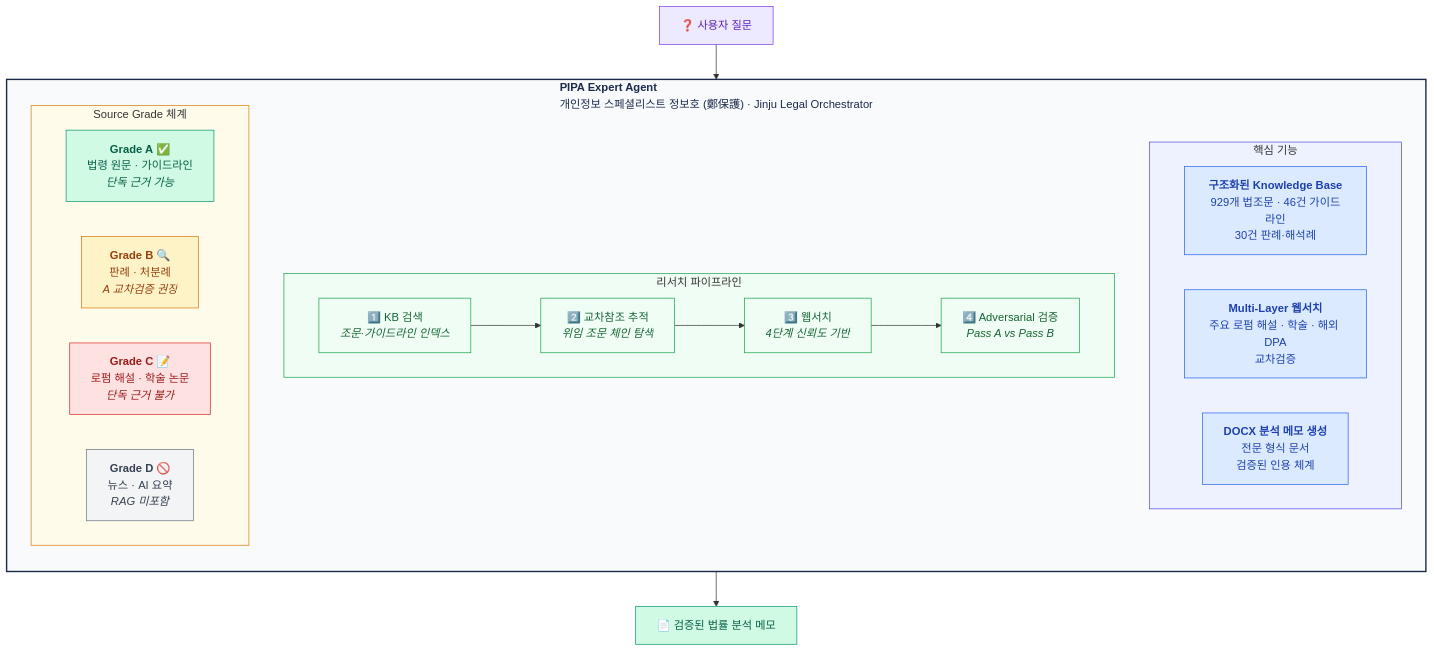
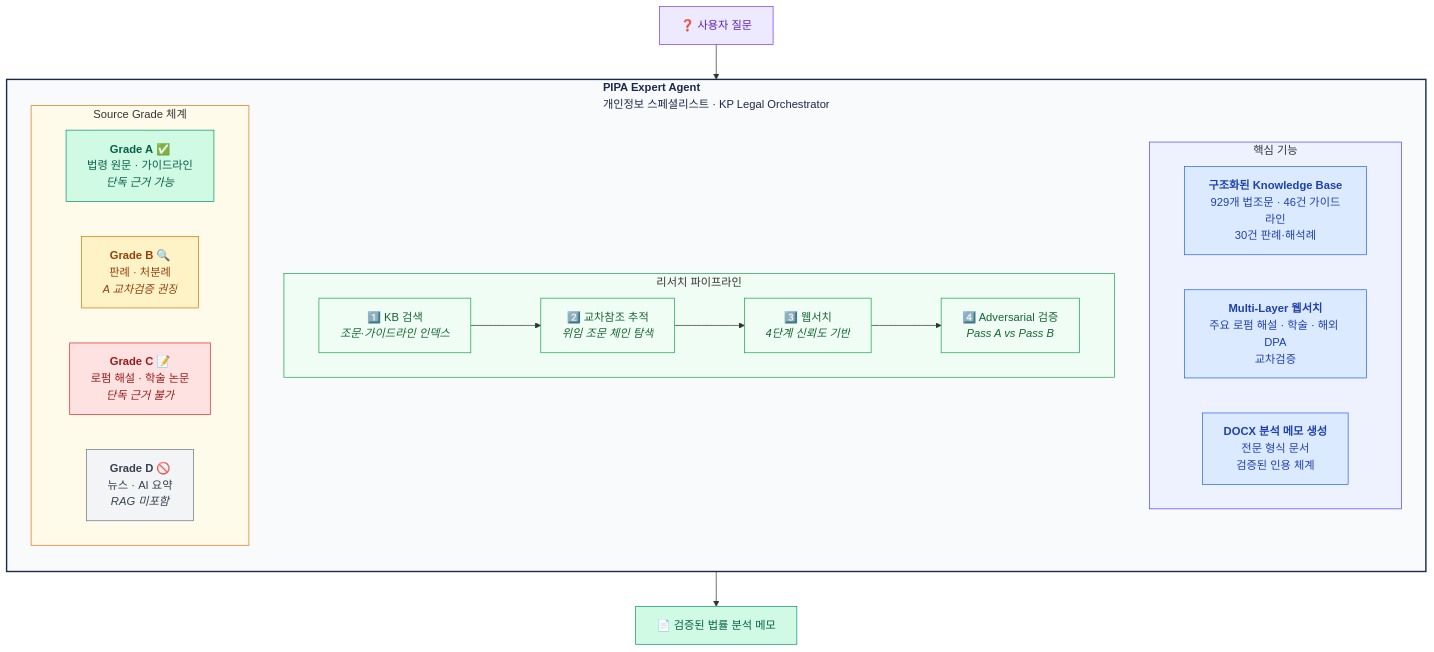
The first of 2 diagrams in README.ko.md (kipeum86/PIPA-expert), drawn with Mermaid before and after one commit. The commit also changed other lines of this file and 7 other files, not shown here.

````diff
--- a/README.ko.md
+++ b/README.ko.md
@@ -47,51 +47,51 @@
 ```mermaid
 graph TB
-    subgraph agent["<b>PIPA Expert Agent</b><br/>개인정보 스페셜리스트 정보호 (鄭保護) · Jinju Legal Orchestrator"]
+    subgraph agent["<b>PIPA Expert Agent</b><br/>개인정보 스페셜리스트 · KP Legal Orchestrator"]
         direction TB
 
         subgraph core["핵심 기능"]
             direction LR
             KB["<b>구조화된 Knowledge Base</b><br/>929개 법조문 · 46건 가이드라인<br/>30건 판례·해석례"]
             WS["<b>Multi-Layer 웹서치</b><br/>주요 로펌 해설 · 학술 · 해외 DPA<br/>교차검증"]
             DX["<b>DOCX 분석 메모 생성</b><br/>전문 형식 문서<br/>검증된 인용 체계"]
         end
 
         subgraph pipeline["리서치 파이프라인"]
             direction LR
             S1["1️⃣ KB 검색<br/><i>조문·가이드라인 인덱스</i>"]
             S2["2️⃣ 교차참조 추적<br/><i>위임 조문 체인 탐색</i>"]
             S3["3️⃣ 웹서치<br/><i>4단계 신뢰도 기반</i>"]
             S4["4️⃣ Adversarial 검증<br/><i>Pass A vs Pass B</i>"]
             S1 --> S2 --> S3 --> S4
         end
 
         subgraph grades["Source Grade 체계"]
             direction LR
             GA["<b>Grade A</b> ✅<br/>법령 원문 · 가이드라인<br/><i>단독 근거 가능</i>"]
             GB["<b>Grade B</b> 🔍<br/>판례 · 처분례<br/><i>A 교차검증 권장</i>"]
             GC["<b>Grade C</b> 📝<br/>로펌 해설 · 학술 논문<br/><i>단독 근거 불가</i>"]
             GD["<b>Grade D</b> 🚫<br/>뉴스 · AI 요약<br/><i>RAG 미포함</i>"]
         end
     end
 
     Q["❓ 사용자 질문"] --> S1
     S4 --> O["📄 검증된 법률 분석 메모"]
 
     style agent fill:#f8fafc,stroke:#1B2A4A,stroke-width:2px,color:#1B2A4A
     style core fill:#eef2ff,stroke:#4f46e5,stroke-width:1px
     style pipeline fill:#f0fdf4,stroke:#16a34a,stroke-width:1px
     style grades fill:#fffbeb,stroke:#d97706,stroke-width:1px
     style KB fill:#dbeafe,stroke:#2563eb,color:#1e40af
     style WS fill:#dbeafe,stroke:#2563eb,color:#1e40af
     style DX fill:#dbeafe,stroke:#2563eb,color:#1e40af
     style GA fill:#d1fae5,stroke:#059669,color:#065f46
     style GB fill:#fef3c7,stroke:#d97706,color:#92400e
     style GC fill:#fee2e2,stroke:#dc2626,color:#991b1b
     style GD fill:#f3f4f6,stroke:#6b7280,color:#374151
     style Q fill:#ede9fe,stroke:#7c3aed,color:#5b21b6
     style O fill:#d1fae5,stroke:#059669,color:#065f46
     style S1 fill:#f0fdf4,stroke:#16a34a,color:#166534
     style S2 fill:#f0fdf4,stroke:#16a34a,color:#166534
     style S3 fill:#f0fdf4,stroke:#16a34a,color:#166534
     style S4 fill:#f0fdf4,stroke:#16a34a,color:#166534
 ```
````
